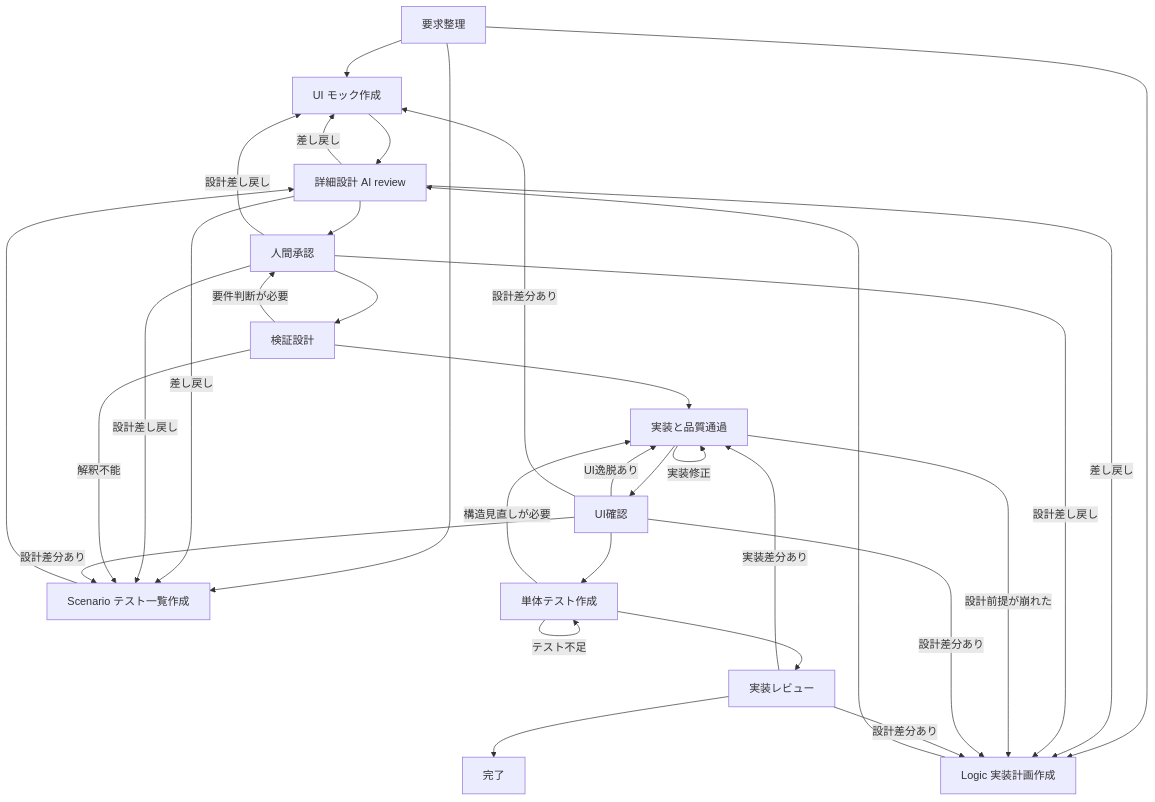
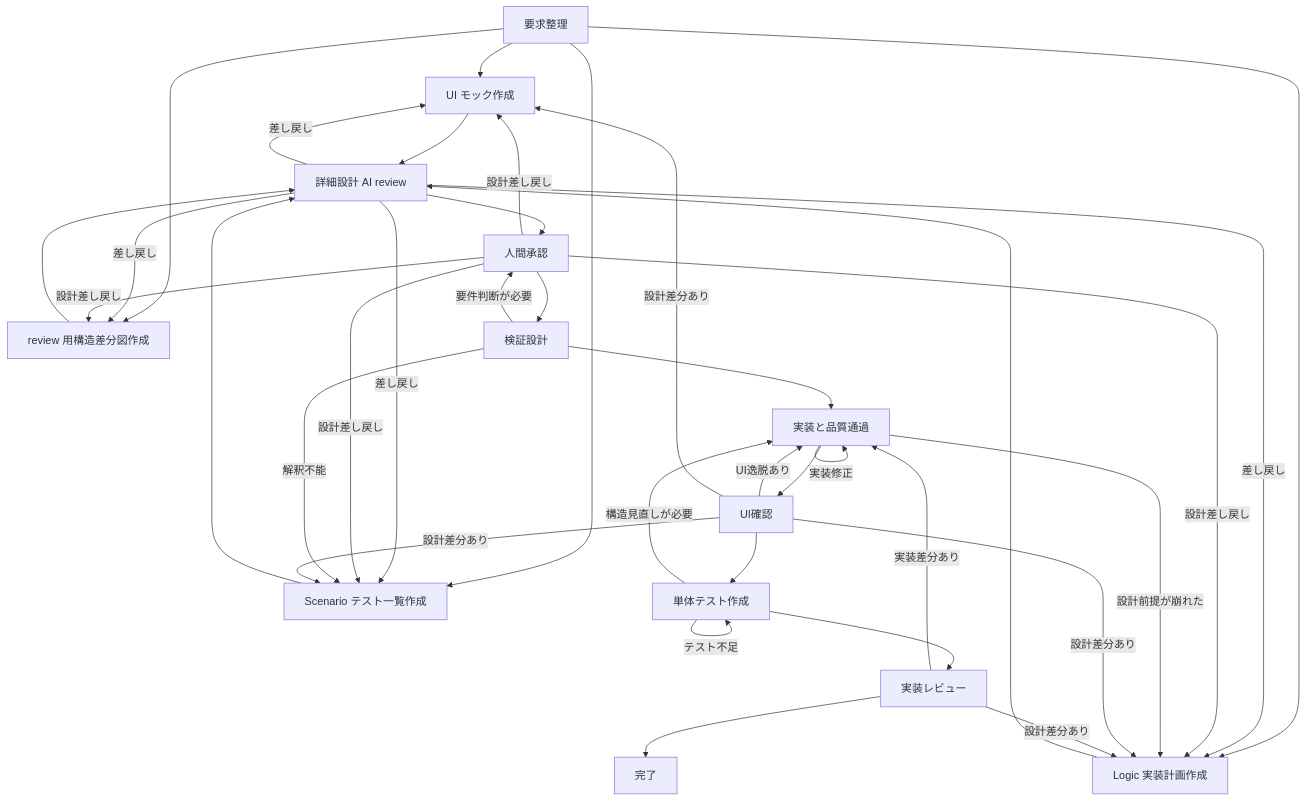
One commit to ishibata91/AITranslationEngineJP changed the diagram in .codex/workflow.md. Above: the diagram before and after it, drawn with Mermaid. The commit also changed other lines of this file and 14 other files, not shown here.

````diff
--- a/.codex/workflow.md
+++ b/.codex/workflow.md
@@ -6,39 +6,43 @@
 ```mermaid
 flowchart TD
     A[要求整理]
     B1[UI モック作成]
     B2[Scenario テスト一覧作成]
     B3[Logic 実装計画作成]
+    B4[review 用構造差分図作成]
     C[詳細設計 AI review]
     D[人間承認]
     F[検証設計]
     G[実装と品質通過]
     H[UI確認]
     I[単体テスト作成]
     J[実装レビュー]
     K[完了]
 
     A --> B1 --> C
     A --> B2 --> C
     A --> B3 --> C
+    A --> B4 --> C
     C --> D --> F --> G --> H --> I --> J --> K
 
     C -- 差し戻し --> B1
     C -- 差し戻し --> B2
     C -- 差し戻し --> B3
+    C -- 差し戻し --> B4
     D -- 設計差し戻し --> B1
     D -- 設計差し戻し --> B2
     D -- 設計差し戻し --> B3
+    D -- 設計差し戻し --> B4
     F -- 解釈不能 --> B2
     F -- 要件判断が必要 --> D
     G -- 実装修正 --> G
     G -- 設計前提が崩れた --> B3
     H -- UI逸脱あり --> G
     H -- 設計差分あり --> B1
     H -- 設計差分あり --> B2
     H -- 設計差分あり --> B3
     I -- テスト不足 --> I
     I -- 構造見直しが必要 --> G
     J -- 実装差分あり --> G
     J -- 設計差分あり --> B3
 ```
````
